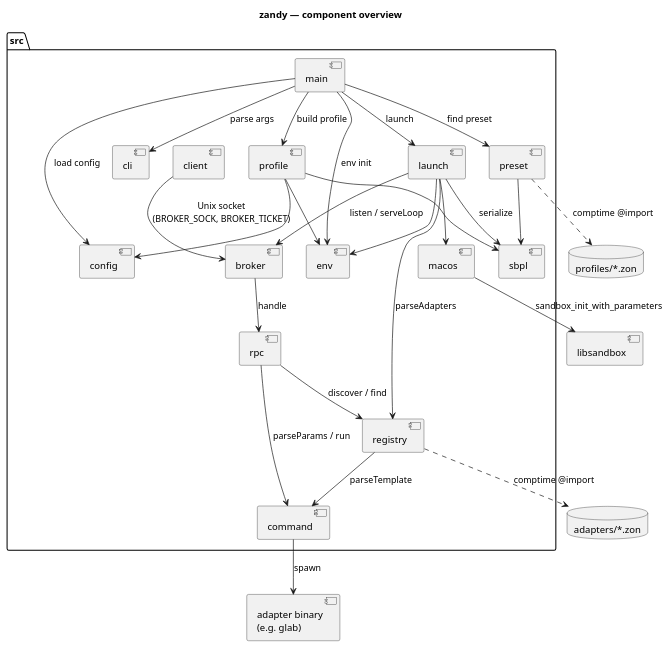
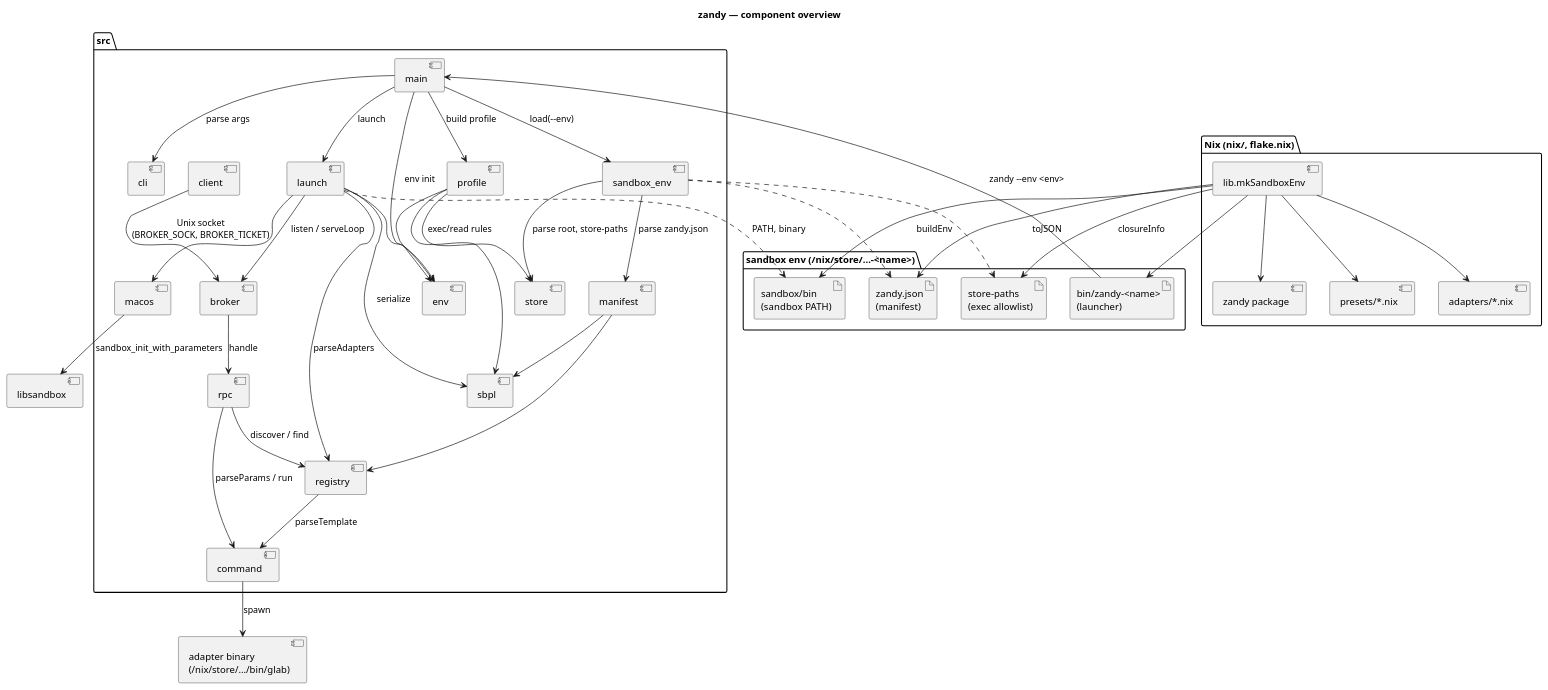
Before and after one commit to tbsklg/zandy: the diagram in docs/architecture.puml, drawn with PlantUML. The commit also changed 39 other files, not shown here.

Commit message:
Build zandy around Nix (#10)

```diff
--- a/docs/architecture.puml
+++ b/docs/architecture.puml
@@ -1,60 +1,87 @@
 @startuml architecture
 title zandy — component overview
 
 skinparam shadowing false
 
+package "Nix (nix/, flake.nix)" {
+  [lib.mkSandboxEnv] as mk
+  [presets/*.nix] as presets
+  [adapters/*.nix] as nixadapters
+  [zandy package] as pkg
+}
+
+package "sandbox env (/nix/store/…-<name>)" {
+  artifact "bin/zandy-<name>\n(launcher)" as launcher
+  artifact "sandbox/bin\n(sandbox PATH)" as sbin
+  artifact "store-paths\n(exec allowlist)" as storepaths
+  artifact "zandy.json\n(manifest)" as manifestjson
+}
+
 package "src" {
   [main] as main
   [cli] as cli
-  [preset] as preset
+  [sandbox_env] as senv
+  [store] as store
+  [manifest] as manifest
   [env] as env
-  [config] as config
   [profile] as profile
   [launch] as launch
   [sbpl] as sbpl
   [macos] as macos
   [broker] as broker
   [rpc] as rpc
   [registry] as registry
   [command] as command
   [client] as client
 }
 
-database "profiles/*.zon" as zon
-database "adapters/*.zon" as adapters
 component "libsandbox" as sandbox
-component "adapter binary\n(e.g. glab)" as tool
+component "adapter binary\n(/nix/store/…/bin/glab)" as tool
+
+mk --> presets
+mk --> nixadapters
+mk --> pkg
+mk --> launcher
+mk --> sbin : buildEnv
+mk --> storepaths : closureInfo
+mk --> manifestjson : toJSON
+
+launcher --> main : zandy --env <env>
 
 main --> cli : parse args
-main --> preset : find preset
+main --> senv : load(--env)
 main --> env : env init
-main --> config : load config
 main --> profile : build profile
 main --> launch : launch
 
-preset --> sbpl
-preset ..> zon : comptime @import
+senv --> store : parse root, store-paths
+senv --> manifest : parse zandy.json
+senv ..> storepaths
+senv ..> manifestjson
+
+manifest --> sbpl
+manifest --> registry
 
 profile --> sbpl
+profile --> store : exec/read rules
 profile --> env
-profile --> config
 
 launch --> sbpl : serialize
 launch --> env
 launch --> macos
 launch --> registry : parseAdapters
 launch --> broker : listen / serveLoop
+launch ..> sbin : PATH, binary
 
-registry ..> adapters : comptime @import
 registry --> command : parseTemplate
 
 broker --> rpc : handle
 rpc --> registry : discover / find
 rpc --> command : parseParams / run
 command --> tool : spawn
 
 client --> broker : Unix socket\n(BROKER_SOCK, BROKER_TICKET)
 
 macos --> sandbox : sandbox_init_with_parameters
 
 @enduml
```
